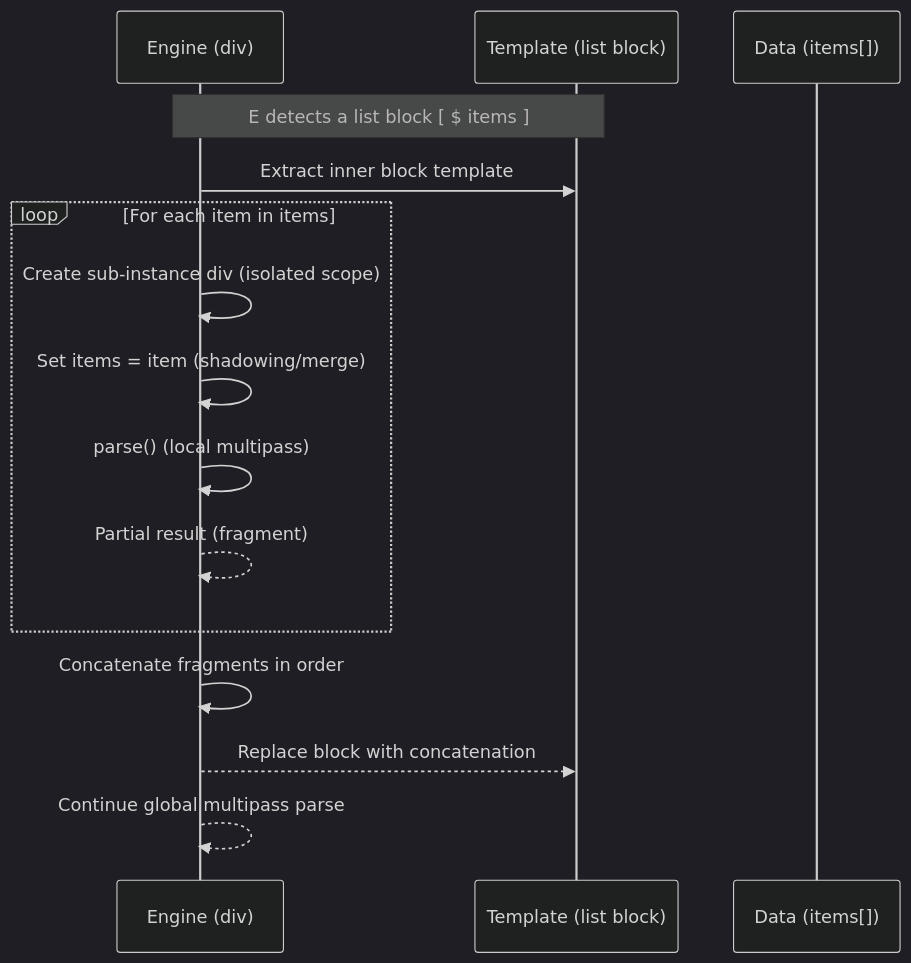
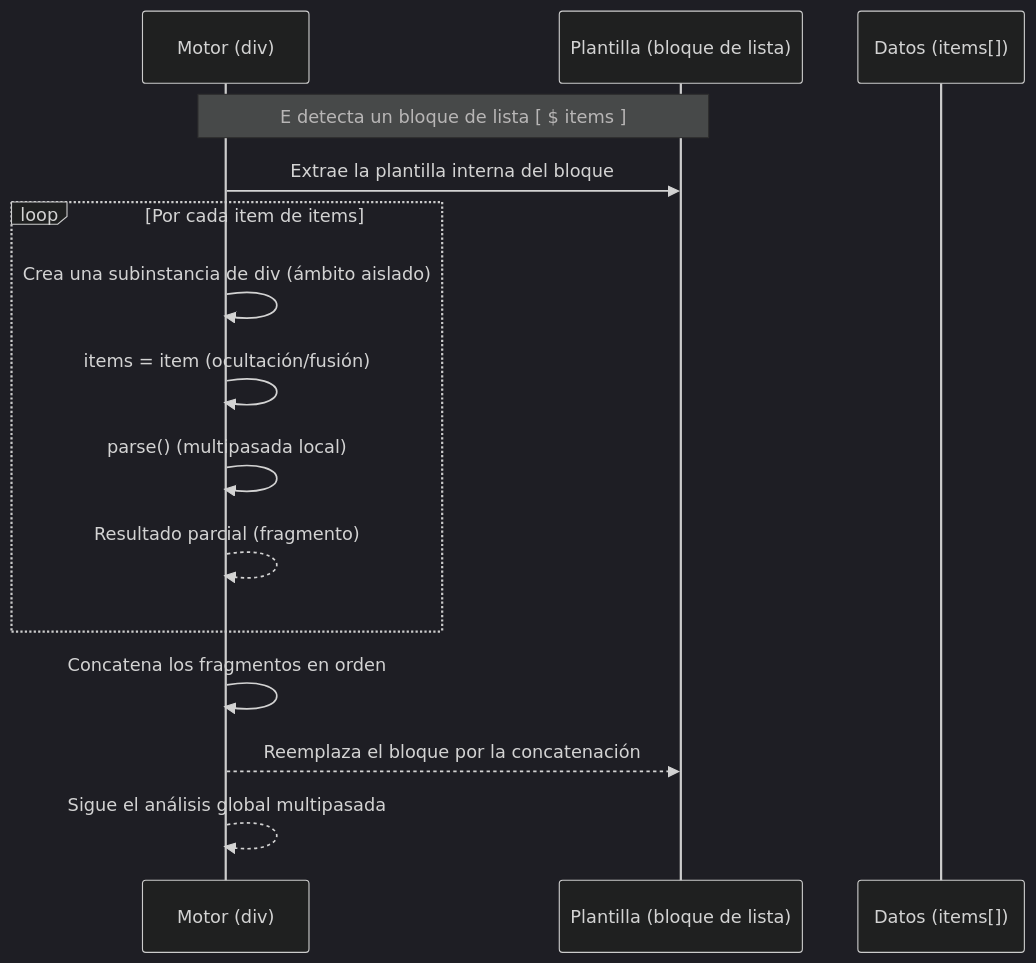
The fourth of 4 diagrams in src/divide/manual/books/div.es/README.md (divengine/divide), drawn with Mermaid (dark theme) before and after one commit. The commit also changed other lines of this file and 1 other file, not shown here.

Commit message:
Div's documentation in Spanish: the README's diagrams in Spanish, synced

````diff
--- a/src/divide/manual/books/div.es/README.md
+++ b/src/divide/manual/books/div.es/README.md
@@ -88,17 +88,17 @@
 ```mermaid
 sequenceDiagram
-    participant E as Engine (div)
-    participant T as Template (list block)
-    participant D as Data (items[])
-    Note over E,T: E detects a list block [ $ items ]
-    E->>T: Extract inner block template
-    loop For each item in items
-        E->>E: Create sub-instance div (isolated scope)
-        E->>E: Set items = item (shadowing/merge)
-        E->>E: parse() (local multipass)
-        E-->>E: Partial result (fragment)
+    participant E as Motor (div)
+    participant T as Plantilla (bloque de lista)
+    participant D as Datos (items[])
+    Note over E,T: E detecta un bloque de lista [ $ items ]
+    E->>T: Extrae la plantilla interna del bloque
+    loop Por cada item de items
+        E->>E: Crea una subinstancia de div (ámbito aislado)
+        E->>E: items = item (ocultación/fusión)
+        E->>E: parse() (multipasada local)
+        E-->>E: Resultado parcial (fragmento)
     end
-    E->>E: Concatenate fragments in order
-    E-->>T: Replace block with concatenation
-    E-->>E: Continue global multipass parse
+    E->>E: Concatena los fragmentos en orden
+    E-->>T: Reemplaza el bloque por la concatenación
+    E-->>E: Sigue el análisis global multipasada
 ```
````
